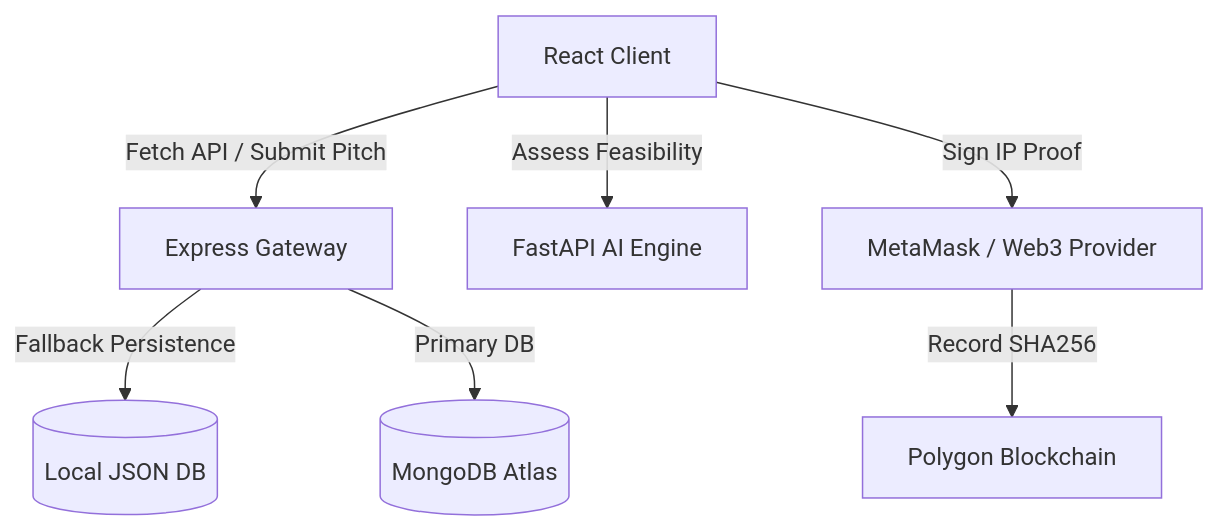
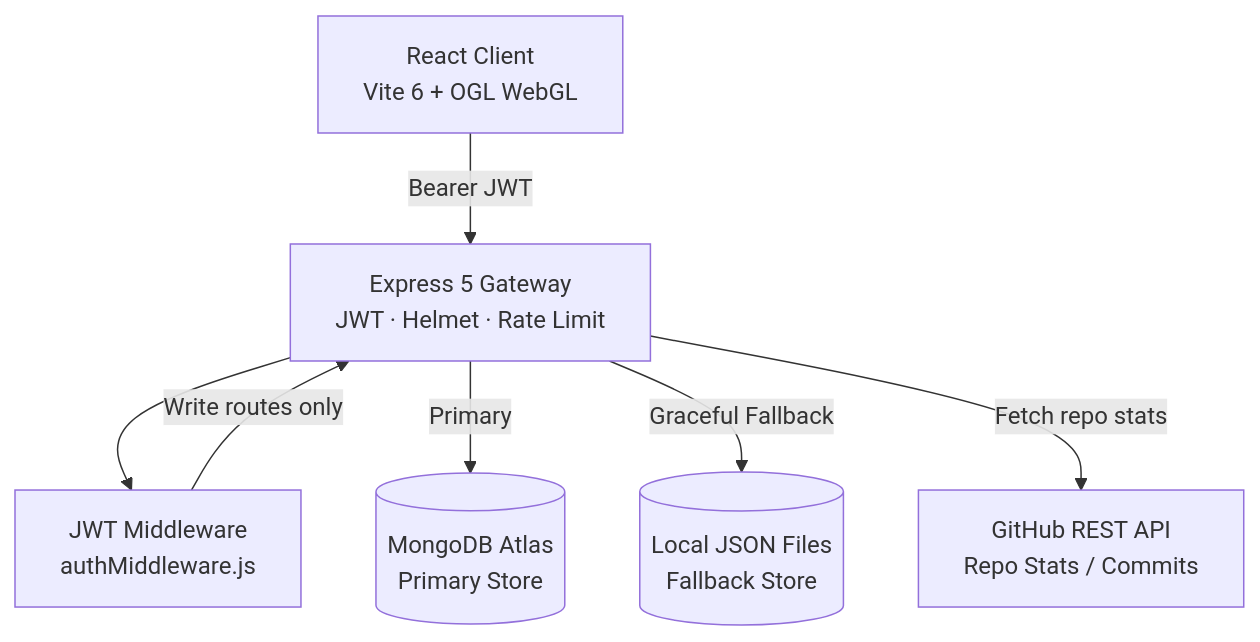
The diagram in README.md (Can-Startora/Startora-landing-web), drawn with Mermaid before and after one commit. The commit also changed other lines of this file, not shown here.

First line of the commit message:
docs: rewrite README with current stack, security architecture, and API reference

````diff
--- a/README.md
+++ b/README.md
@@ -54,9 +89,16 @@
 ```mermaid
 graph TD
-    Client[React Client] -->|Fetch API / Submit Pitch| ExpressServer[Express Gateway]
-    ExpressServer -->|Fallback Persistence| JSONDB[(Local JSON DB)]
-    ExpressServer -->|Primary DB| MongoDB[(MongoDB Atlas)]
-    Client -->|Assess Feasibility| AIService[FastAPI AI Engine]
-    Client -->|Sign IP Proof| Metamask[MetaMask / Web3 Provider]
-    Metamask -->|Record SHA256| Polygon[Polygon Blockchain]
+    Client[React Client<br/>Vite 6 + OGL WebGL]
+    Gateway[Express 5 Gateway<br/>JWT · Helmet · Rate Limit]
+    Auth[JWT Middleware<br/>authMiddleware.js]
+    MongoDB[(MongoDB Atlas<br/>Primary Store)]
+    JSONDB[(Local JSON Files<br/>Fallback Store)]
+    GitHub[GitHub REST API<br/>Repo Stats / Commits]
+
+    Client -->|Bearer JWT| Gateway
+    Gateway --> Auth
+    Auth -->|Write routes only| Gateway
+    Gateway -->|Primary| MongoDB
+    Gateway -->|Graceful Fallback| JSONDB
+    Gateway -->|Fetch repo stats| GitHub
 ```
````
